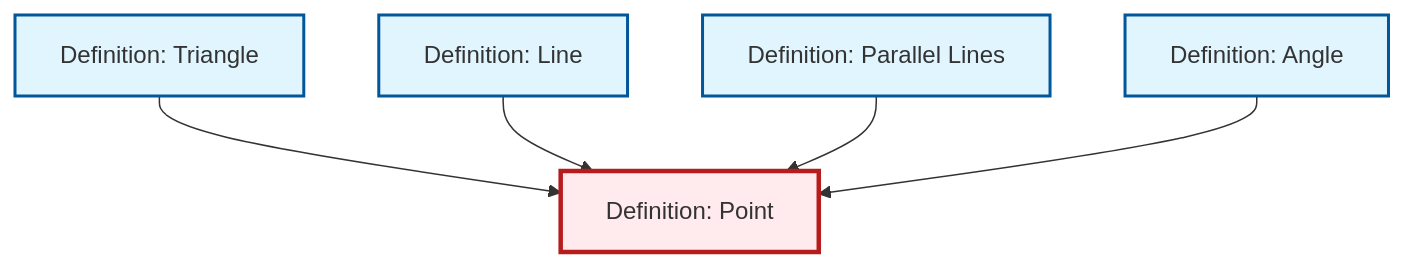
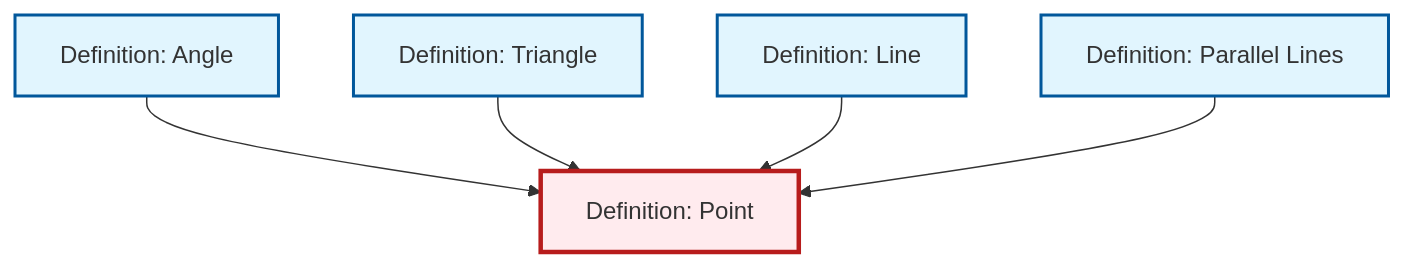
Before and after one commit to RK0429/ModernMath: the diagram in content/en/geometry/def-point.qmd, drawn with Mermaid. The commit also changed other lines of this file and 654 other files, not shown here.

````diff
--- a/content/en/geometry/def-point.qmd
+++ b/content/en/geometry/def-point.qmd
@@ -39,23 +39,23 @@
 ```{mermaid}
 %%| fig-cap: "Local dependency graph"
 graph TD
     classDef definition fill:#e1f5fe,stroke:#01579b,stroke-width:2px
     classDef theorem fill:#f3e5f5,stroke:#4a148c,stroke-width:2px
     classDef axiom fill:#fff3e0,stroke:#e65100,stroke-width:2px
     classDef example fill:#e8f5e9,stroke:#1b5e20,stroke-width:2px
     classDef current fill:#ffebee,stroke:#b71c1c,stroke-width:3px
+    def-line["Definition: Line"]:::definition
+    def-parallel["Definition: Parallel Lines"]:::definition
     def-point["Definition: Point"]:::definition
-    def-parallel["Definition: Parallel Lines"]:::definition
     def-triangle["Definition: Triangle"]:::definition
     def-angle["Definition: Angle"]:::definition
-    def-line["Definition: Line"]:::definition
+    def-angle --> def-point
     def-triangle --> def-point
     def-line --> def-point
     def-parallel --> def-point
-    def-angle --> def-point
     class def-point current
+    click def-line "def-line.html" "Go to Line definition"
     click def-parallel "def-parallel.html" "Go to Parallel Lines definition"
     click def-triangle "def-triangle.html" "Go to Triangle definition"
     click def-angle "def-angle.html" "Go to Angle definition"
-    click def-line "def-line.html" "Go to Line definition"
 ```
````
